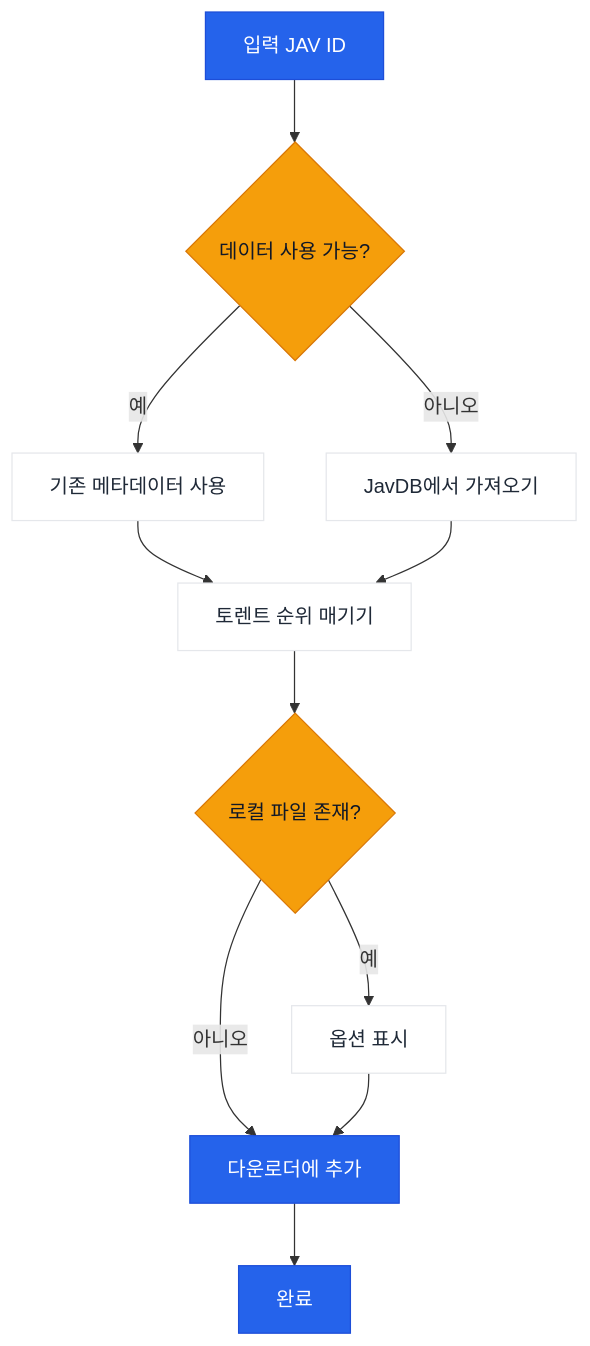
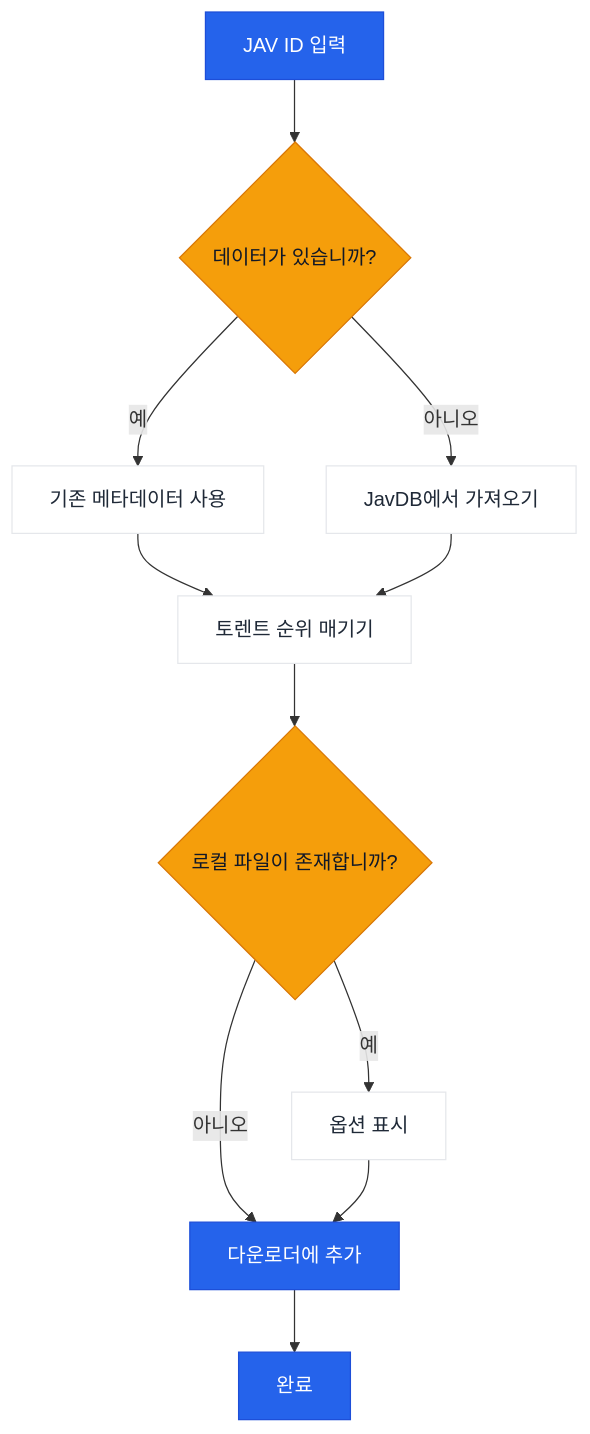
The diagram in README.ko.md (jqknono/jav-manager), drawn with Mermaid before and after one commit. The commit also changed other lines of this file and 23 other files, not shown here.

````diff
--- a/README.ko.md
+++ b/README.ko.md
@@ -41,21 +41,21 @@
 ```mermaid
 flowchart TD
-    A[입력 JAV ID] --> B{데이터 사용 가능?}
+    A[JAV ID 입력] --> B{데이터가 있습니까?}
     B -->|예| C[기존 메타데이터 사용]
     B -->|아니오| D[JavDB에서 가져오기]
     C --> E[토렌트 순위 매기기]
     D --> E
-    E --> F{로컬 파일 존재?}
+    E --> F{로컬 파일이 존재합니까?}
     F -->|예| G[옵션 표시]
     F -->|아니오| H[다운로더에 추가]
     G --> H
     H --> I[완료]
 
     classDef primary fill:#2563eb,stroke:#1d4ed8,color:#ffffff;
     classDef decision fill:#f59e0b,stroke:#d97706,color:#111827;
     classDef neutral fill:#ffffff,stroke:#e5e7eb,color:#1f2937;
 
     class A,H,I primary;
     class B,F decision;
     class C,D,E,G neutral;
 ```
````
